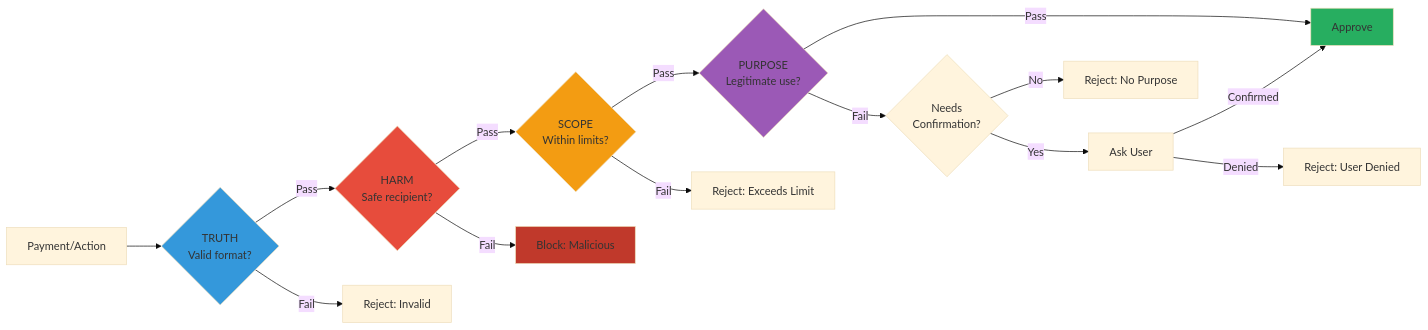
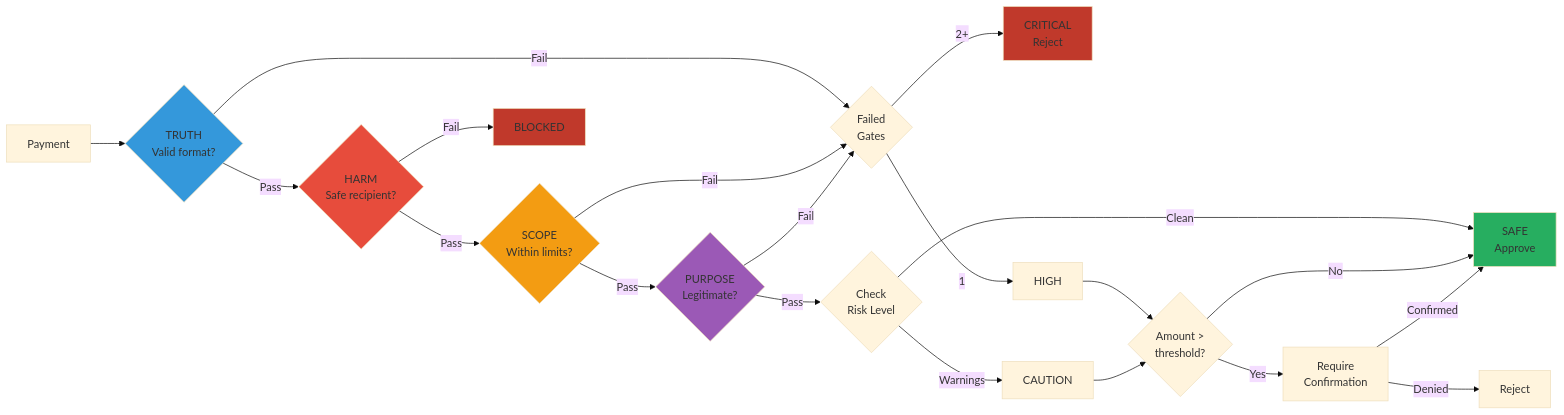
Before and after one commit to sentinel-seed/sentinel: the fifth of 5 diagrams in src/sentinelseed/integrations/coinbase/README.md, drawn with Mermaid (base theme). The commit also changed other lines of this file, not shown here.

Commit message:
fix(docs): correct diagram logic to match actual code
AgentKit Action Flow:
- Remove THSP Gates (not used in AgentKit)
- Replace with actual Validation Checks (Address, Spending, Blocked, Rate, Approval)

THSP Gate Decision Flow:
- Fix to show HARM fail → BLOCKED (always)
- Add gate failure counting logic (2+ = CRITICAL)
- Show risk level calculation before confirmation
- Clarify this applies to x402 only

````diff
--- a/src/sentinelseed/integrations/coinbase/README.md
+++ b/src/sentinelseed/integrations/coinbase/README.md
@@ -208,29 +208,39 @@
 ```mermaid
 flowchart LR
-    Input[Payment/Action] --> T{TRUTH<br/>Valid format?}
+    Input[Payment] --> T{TRUTH<br/>Valid format?}
 
     T -->|Pass| H{HARM<br/>Safe recipient?}
-    T -->|Fail| Reject1[Reject: Invalid]
+    T -->|Fail| Count
 
     H -->|Pass| S{SCOPE<br/>Within limits?}
-    H -->|Fail| Block1[Block: Malicious]
+    H -->|Fail| Blocked[BLOCKED]
 
-    S -->|Pass| P{PURPOSE<br/>Legitimate use?}
-    S -->|Fail| Reject2[Reject: Exceeds Limit]
+    S -->|Pass| P{PURPOSE<br/>Legitimate?}
+    S -->|Fail| Count
 
-    P -->|Pass| Approve[Approve]
-    P -->|Fail| Confirm{Needs<br/>Confirmation?}
+    P -->|Pass| Risk{Check<br/>Risk Level}
+    P -->|Fail| Count
 
-    Confirm -->|Yes| AskUser[Ask User]
-    Confirm -->|No| Reject3[Reject: No Purpose]
+    Count{Failed<br/>Gates} -->|"2+"| Critical[CRITICAL<br/>Reject]
+    Count -->|"1"| High[HIGH]
 
-    AskUser -->|Confirmed| Approve
-    AskUser -->|Denied| Reject4[Reject: User Denied]
+    Risk -->|Warnings| Caution[CAUTION]
+    Risk -->|Clean| Safe[SAFE<br/>Approve]
+
+    High --> Confirm{Amount ><br/>threshold?}
+    Caution --> Confirm
+
+    Confirm -->|Yes| AskUser[Require<br/>Confirmation]
+    Confirm -->|No| Safe
+
+    AskUser -->|Confirmed| Safe
+    AskUser -->|Denied| Reject[Reject]
 
     style T fill:#3498db
     style H fill:#e74c3c
     style S fill:#f39c12
     style P fill:#9b59b6
-    style Approve fill:#27ae60
-    style Block1 fill:#c0392b
+    style Safe fill:#27ae60
+    style Blocked fill:#c0392b
+    style Critical fill:#c0392b
 ```
````
